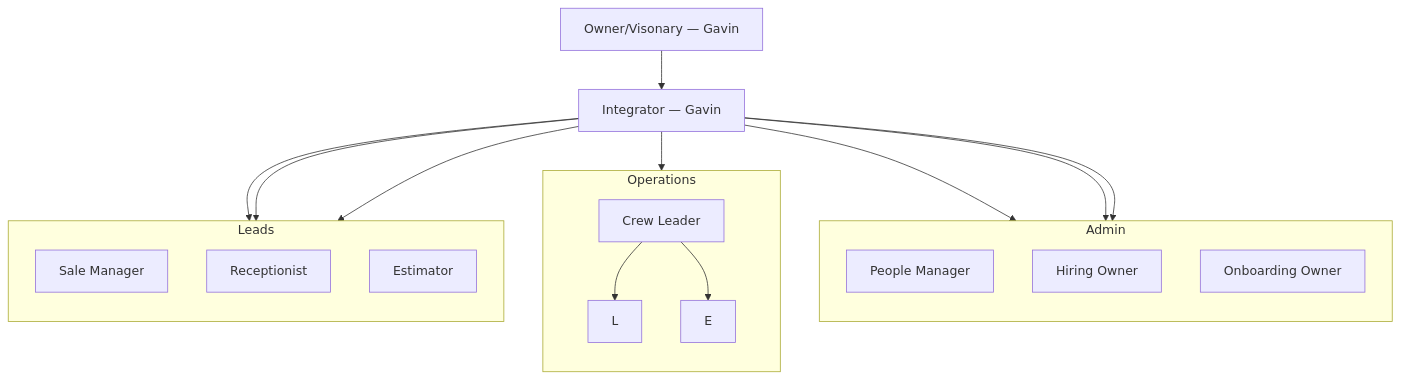
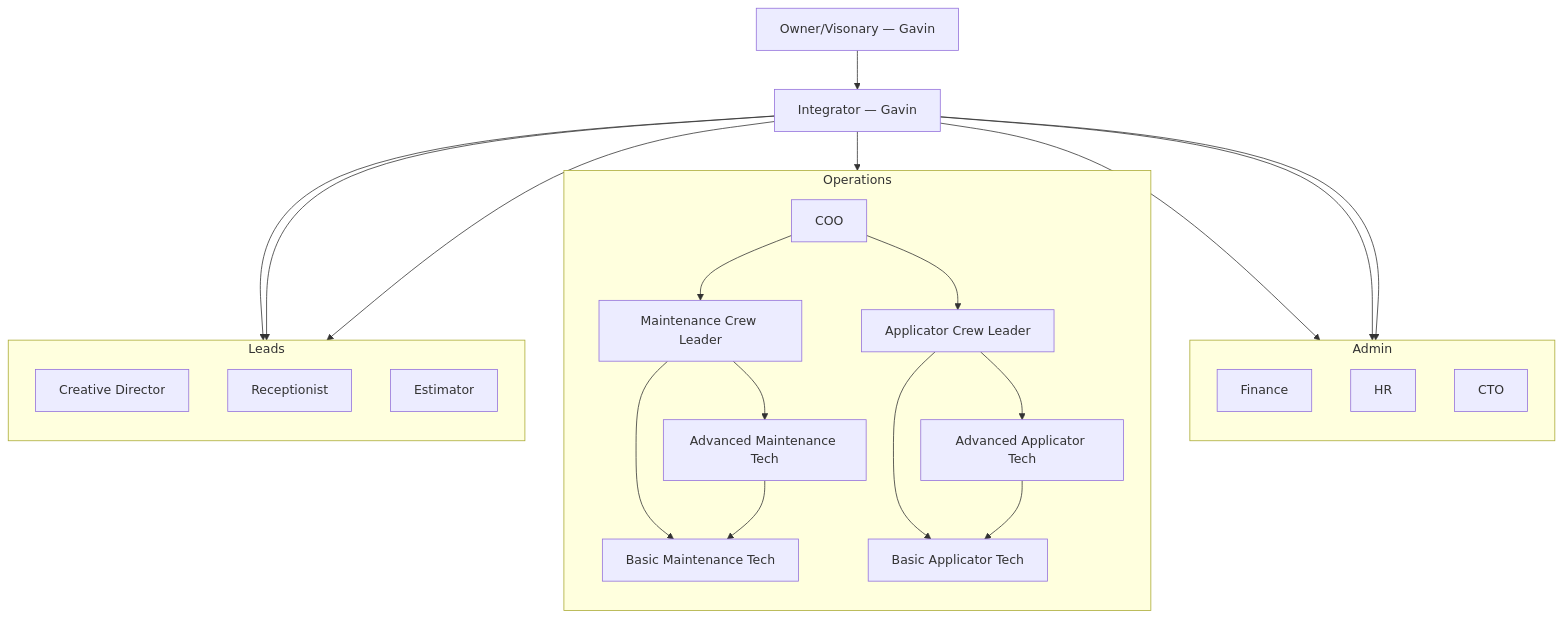
One commit to Gavin-is-trying/Hobbes_ changed the diagram in TLC-OS/03 Org Chart/org-chart.md. Above: the diagram before and after it, drawn with Mermaid.

Commit message:
Expand organization chart roles

````diff
--- a/TLC-OS/03 Org Chart/org-chart.md
+++ b/TLC-OS/03 Org Chart/org-chart.md
@@ -3,42 +3,52 @@
 ```mermaid
 flowchart TD
     A["Owner/Visonary — Gavin"]
     B["Integrator — Gavin"]
 
     subgraph AA["Admin"]
         direction TB
-        C1["People Manager"]
-        C2["Hiring Owner"]
-        C3["Onboarding Owner"]
+        C1["Finance"]
+        C2["HR"]
+        C3["CTO"]
 
     end
 
     subgraph BB["Operations"]
         direction TB
-        D["Crew Leader"]
-        l["L"]
-        e["E"]
+        D1["COO"]
+        D2["Maintenance Crew Leader"]
+        D3["Applicator Crew Leader"]
+        D4["Advanced Maintenance Tech"]
+        D5["Basic Maintenance Tech"]
+        D6["Advanced Applicator Tech"]
+        D7["Basic Applicator Tech"]
 
-        D --> l
-        D --> e
+        D1 --> D2
+        D1 --> D3
+        D2 --> D4
+        D2 --> D5
+        D4 --> D5
+        D3 --> D6
+        D3 --> D7
+        D6 --> D7
 
     end
 
    subgraph CC["Leads"]
         direction TB
-        E1["Sale Manager"]
+        E1["Creative Director"]
         E2["Receptionist"]
         E3["Estimator"]
 
     end
 
 
     A --> B
     B --> C1
     B --> C2
     B --> C3
-    B --> D
+    B --> D1
     B --> E1
     B --> E2
     B --> E3
 ```
````
